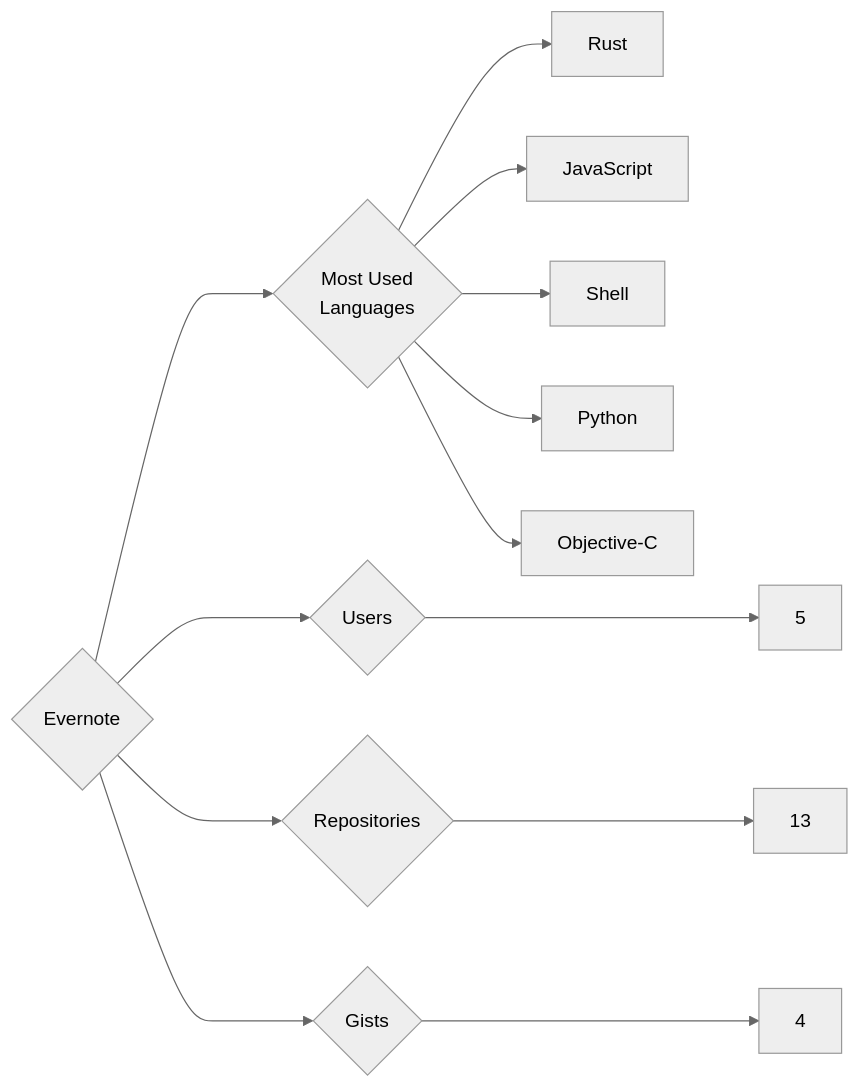
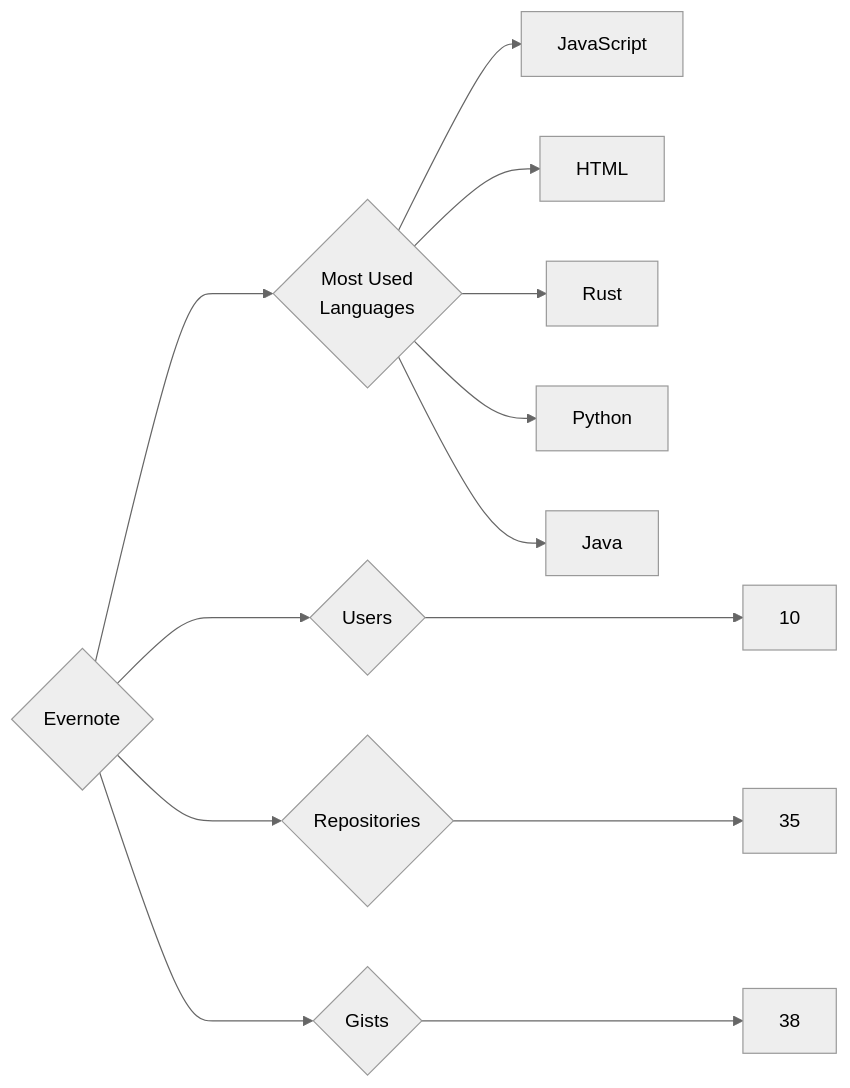
The diagram in targets/Evernote/README.md (trickest/insiders), drawn with Mermaid (neutral theme) before and after one commit. The commit also changed 935 other files, not shown here.

````diff
--- a/targets/Evernote/README.md
+++ b/targets/Evernote/README.md
@@ -3,13 +3,13 @@
 ```mermaid
 graph LR
 COMPANY_NAME{Evernote}
-COMPANY_NAME ---> U{Users} ---> UN[5]
-COMPANY_NAME ---> R{Repositories} ---> RN[13]
-COMPANY_NAME ---> G{Gists} ---> GN[4]
+COMPANY_NAME ---> U{Users} ---> UN[10]
+COMPANY_NAME ---> R{Repositories} ---> RN[35]
+COMPANY_NAME ---> G{Gists} ---> GN[38]
 COMPANY_NAME ---> ML{Most Used<br>Languages}
+ML --> JavaScript[JavaScript]
+ML --> HTML[HTML]
 ML --> Rust[Rust]
-ML --> JavaScript[JavaScript]
-ML --> Shell[Shell]
 ML --> Python[Python]
-ML --> Objective-C[Objective-C]
+ML --> Java[Java]
 ```
````
